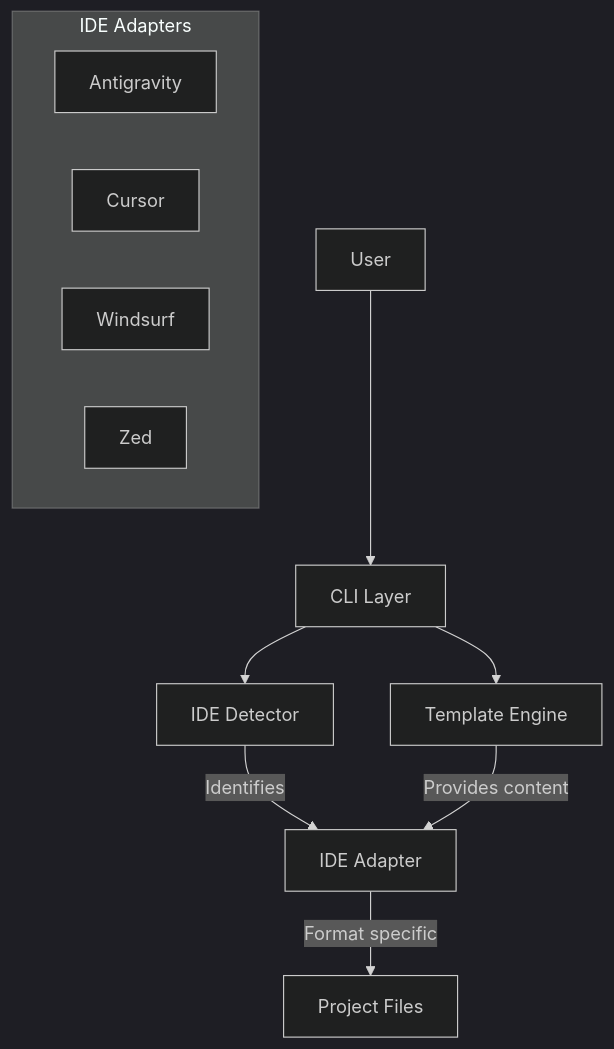
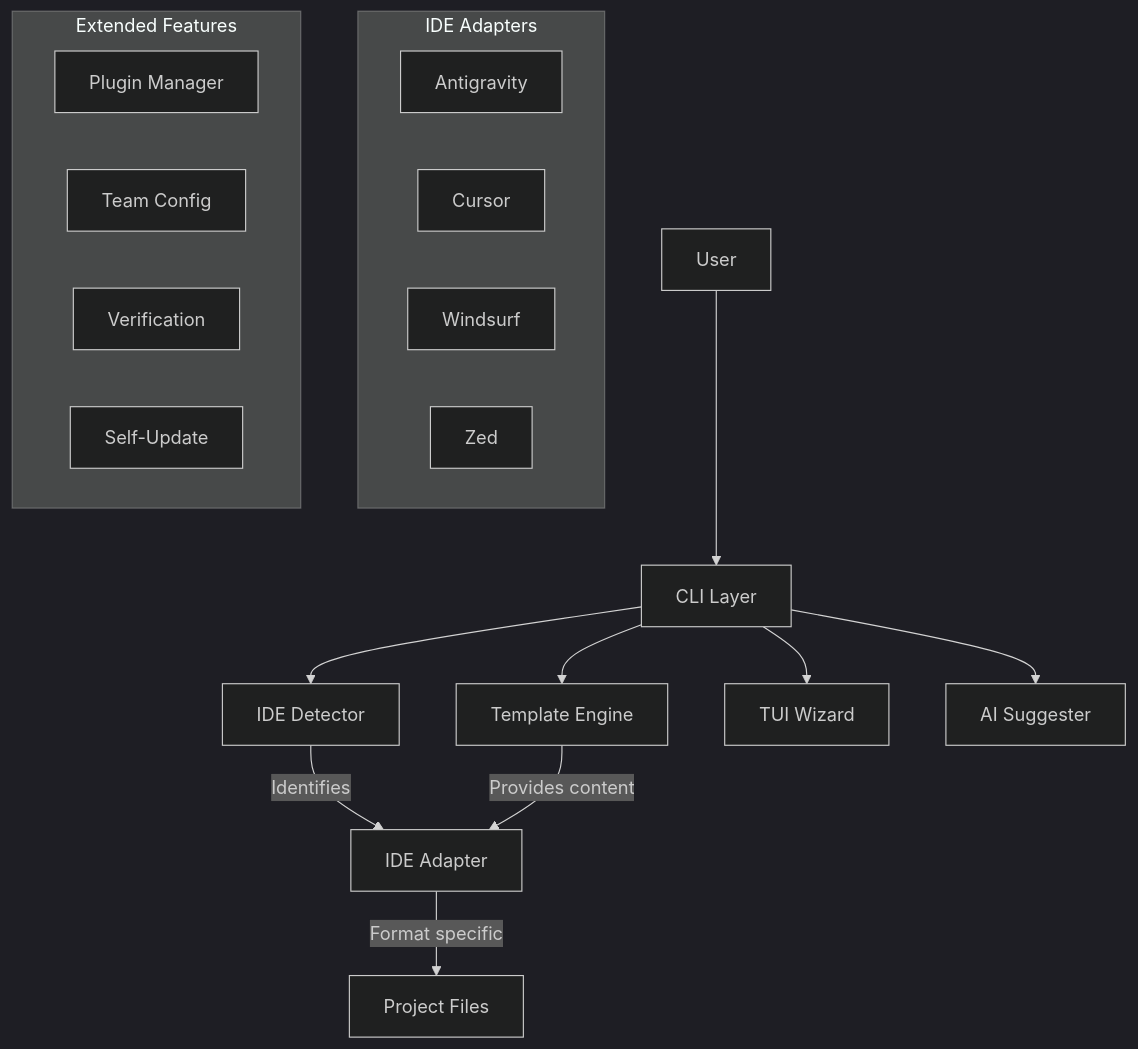
One commit to eshanized/AGEN changed the first of 2 diagrams in docs/architecture.md. Above: the diagram before and after it, drawn with Mermaid (dark theme). The commit also changed other lines of this file and 13 other files, not shown here.

Commit message:
docs: Introduce comprehensive documentation for profiles, verification, agents, plugins, AI features, workflows, team, skills, and project files, updating mkdocs navigation and existing pages.

````diff
--- a/docs/architecture.md
+++ b/docs/architecture.md
@@ -7,18 +7,27 @@
 ```mermaid
 graph TD
     User[User] --> CLI[CLI Layer]
     CLI --> Detector[IDE Detector]
     CLI --> Templates[Template Engine]
+    CLI --> TUI[TUI Wizard]
+    CLI --> AI[AI Suggester]
     
     Detector -->|Identifies| Adapter[IDE Adapter]
     
     Adapter -->|Format specific| Output[Project Files]
     Templates -->|Provides content| Adapter
     
     subgraph "IDE Adapters"
         Antigravity
         Cursor
         Windsurf
         Zed
     end
+    
+    subgraph "Extended Features"
+        Plugins[Plugin Manager]
+        Team[Team Config]
+        Verify[Verification]
+        Updater[Self-Update]
+    end
 ```
````
